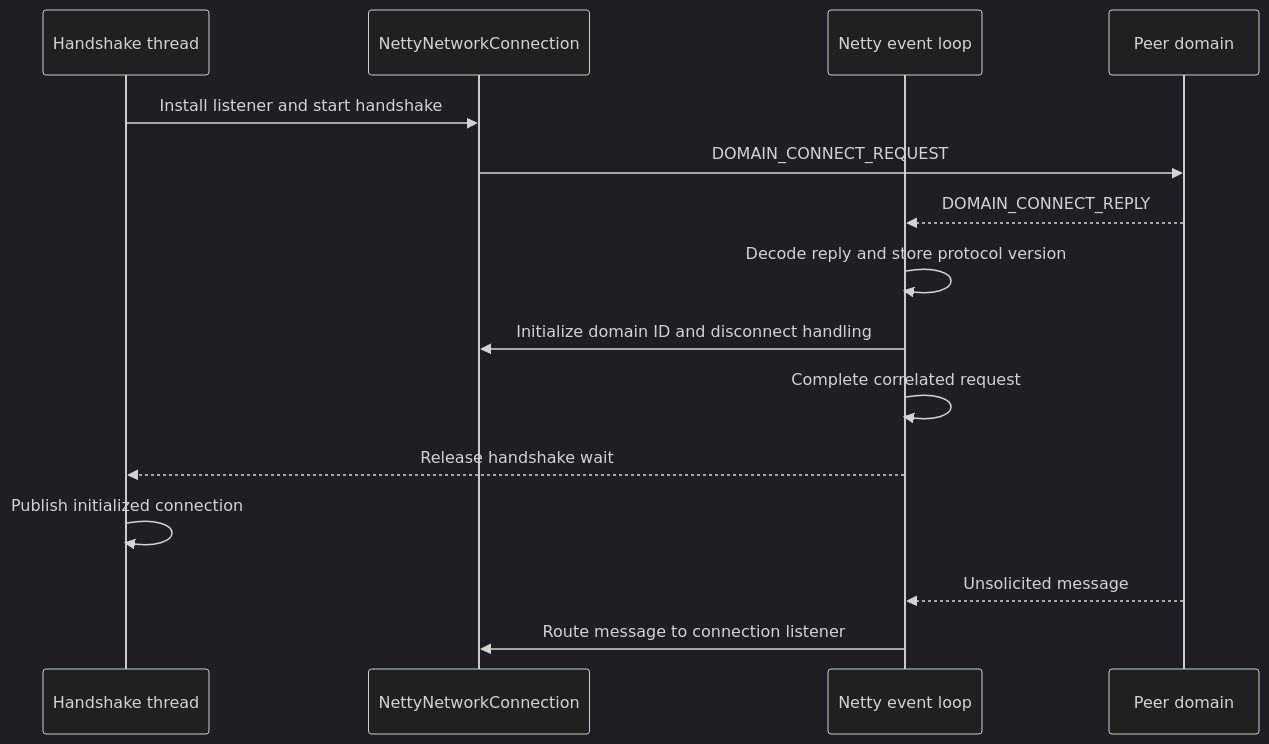
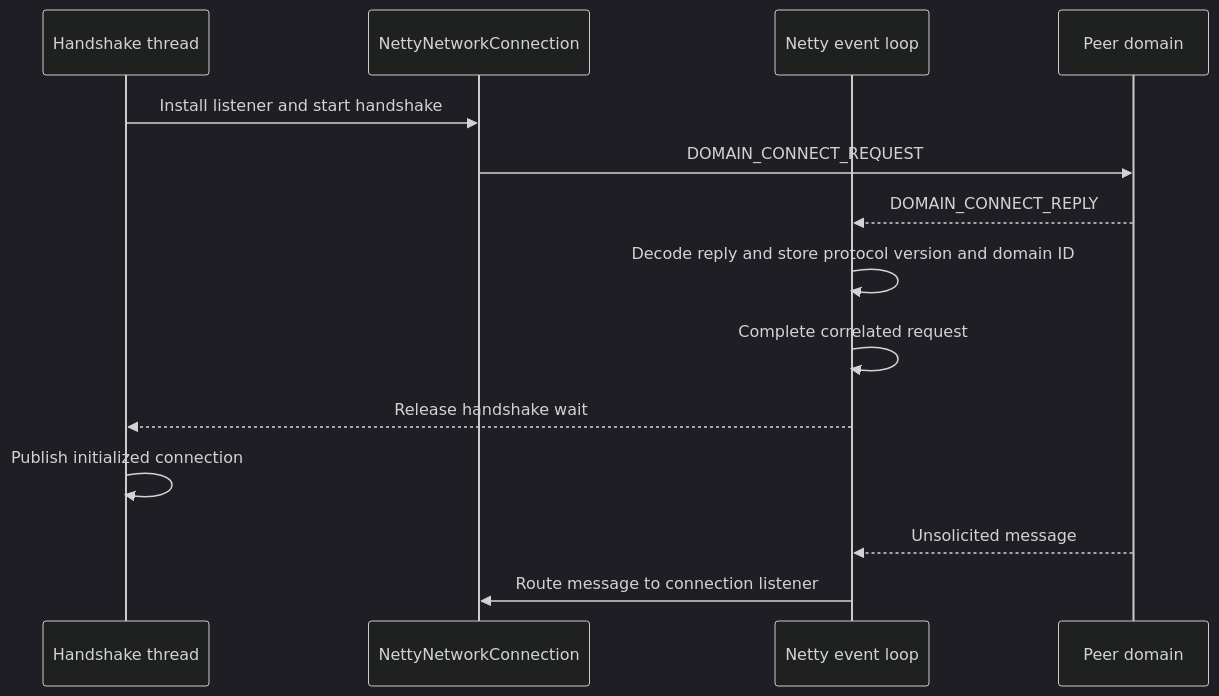
One commit to casualcore/casual-java changed the diagram in outbound-handshake.md. Above: the diagram before and after it, drawn with Mermaid (dark theme). The commit also changed other lines of this file and 11 other files, not shown here.

````diff
--- a/outbound-handshake.md
+++ b/outbound-handshake.md
@@ -29,18 +27,17 @@
 ```mermaid
 sequenceDiagram
     participant H as Handshake thread
     participant C as NettyNetworkConnection
     participant E as Netty event loop
     participant P as Peer domain
 
     H->>C: Install listener and start handshake
     C->>P: DOMAIN_CONNECT_REQUEST
     P-->>E: DOMAIN_CONNECT_REPLY
-    E->>E: Decode reply and store protocol version
-    E->>C: Initialize domain ID and disconnect handling
+    E->>E: Decode reply and store protocol version and domain ID
     E->>E: Complete correlated request
     E-->>H: Release handshake wait
     H->>H: Publish initialized connection
     P-->>E: Unsolicited message
     E->>C: Route message to connection listener
 ```
````
